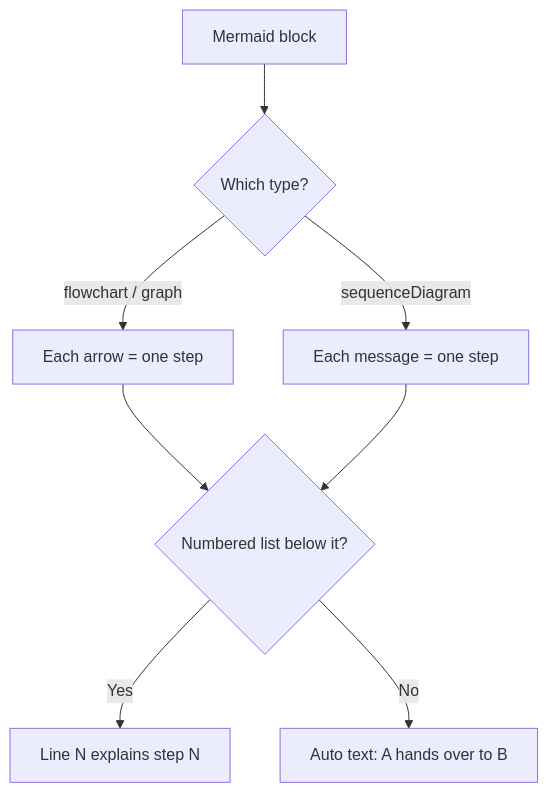
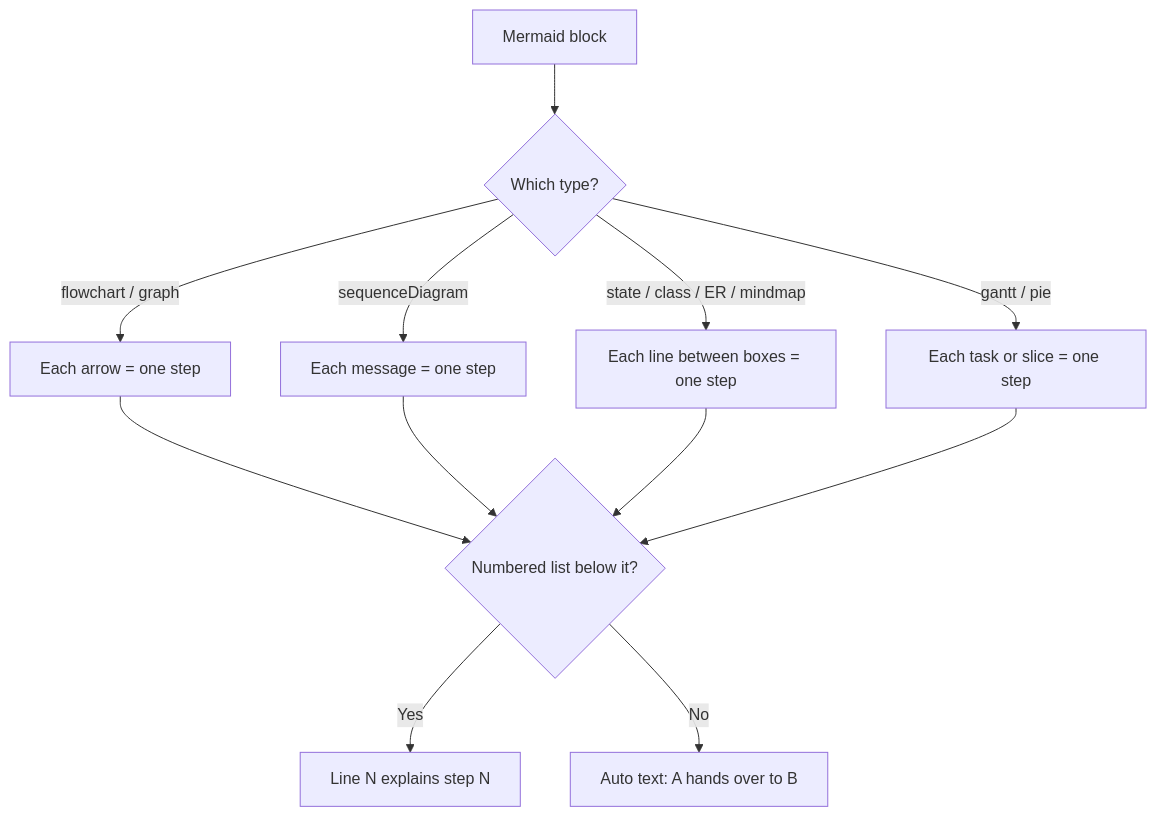
The second of 3 diagrams in README.md (solutionforest/flow-explainer), drawn with Mermaid before and after one commit. The commit also changed other lines of this file and 11 other files, not shown here.

First line of the commit message:
Support state, class, ER, gantt, pie and mindmap diagrams

````diff
--- a/README.md
+++ b/README.md
@@ -78,10 +78,14 @@
 ```mermaid
 flowchart TD
   A[Mermaid block] --> B{Which type?}
   B -->|flowchart / graph| C[Each arrow = one step]
   B -->|sequenceDiagram| D[Each message = one step]
+  B -->|state / class / ER / mindmap| H[Each line between boxes = one step]
+  B -->|gantt / pie| I[Each task or slice = one step]
   C --> E{Numbered list below it?}
   D --> E
+  H --> E
+  I --> E
   E -->|Yes| F[Line N explains step N]
   E -->|No| G[Auto text: A hands over to B]
 ```
````
